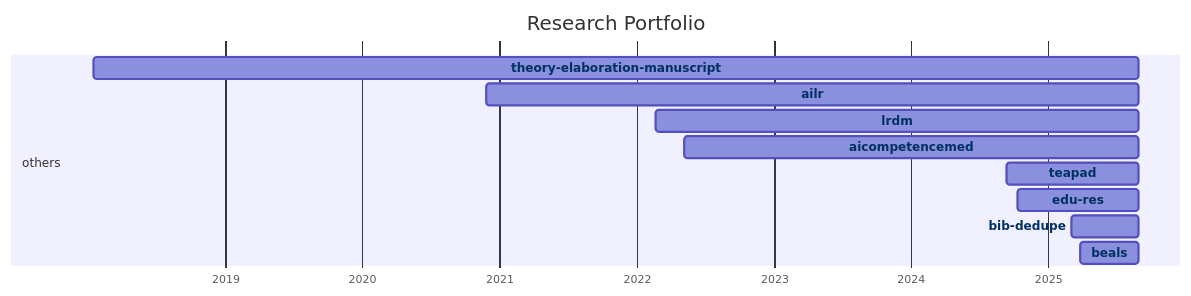
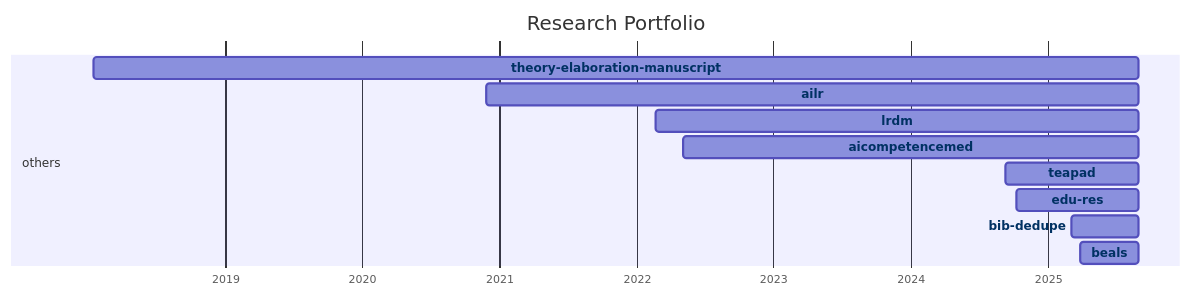
One commit to digital-work-lab/handbook changed the diagram in docs/20-research/25-projects-gantt.md. Above: the diagram before and after it, drawn with Mermaid.

Commit message:
Update repository overview

````diff
--- a/docs/20-research/25-projects-gantt.md
+++ b/docs/20-research/25-projects-gantt.md
@@ -8,35 +8,35 @@
 ```mermaid
 ---
 displayMode: compact
 ---
 gantt
 title Research Portfolio
 dateFormat YYYY-MM-DD
 axisFormat %Y
 
     section work_practices
 
     section distributed_organizing
 
     section knowledge_synthesis
 
     section others
-        beals :beals, 2025-03-28, 2025-08-29
-        bib-dedupe :bib-dedupe, 2025-03-04, 2025-08-29
-        edu-res :edu-res, 2024-10-10, 2025-08-29
-        teapad :teapad, 2024-09-10, 2025-08-29
-        aicompetencemed :aicompetencemed, 2022-05-06, 2025-08-29
-        lrdm :lrdm, 2022-02-20, 2025-08-29
-        ailr :ailr, 2020-11-26, 2025-08-29
-        theory-elaboration-manuscript :theory-elaboration-manuscript, 2018-01-15, 2025-08-29
+        beals :beals, 2025-03-28, 2025-08-30
+        bib-dedupe :bib-dedupe, 2025-03-04, 2025-08-30
+        edu-res :edu-res, 2024-10-10, 2025-08-30
+        teapad :teapad, 2024-09-10, 2025-08-30
+        aicompetencemed :aicompetencemed, 2022-05-06, 2025-08-30
+        lrdm :lrdm, 2022-02-20, 2025-08-30
+        ailr :ailr, 2020-11-26, 2025-08-30
+        theory-elaboration-manuscript :theory-elaboration-manuscript, 2018-01-15, 2025-08-30
 
 
     click beals href "{{ site.baseurl }}/docs/10-lab/18-resources/beals.html"
     click bib-dedupe href "{{ site.baseurl }}/docs/10-lab/18-resources/bib-dedupe.html"
     click edu-res href "{{ site.baseurl }}/docs/10-lab/18-resources/edu-res.html"
     click teapad href "{{ site.baseurl }}/docs/10-lab/18-resources/teapad.html"
     click aicompetencemed href "{{ site.baseurl }}/docs/10-lab/18-resources/aicompetencemed.html"
     click lrdm href "{{ site.baseurl }}/docs/10-lab/18-resources/lrdm.html"
     click ailr href "{{ site.baseurl }}/docs/10-lab/18-resources/ailr.html"
     click theory-elaboration-manuscript href "{{ site.baseurl }}/docs/10-lab/18-resources/theory-elaboration-manuscript.html"
 ```
````
